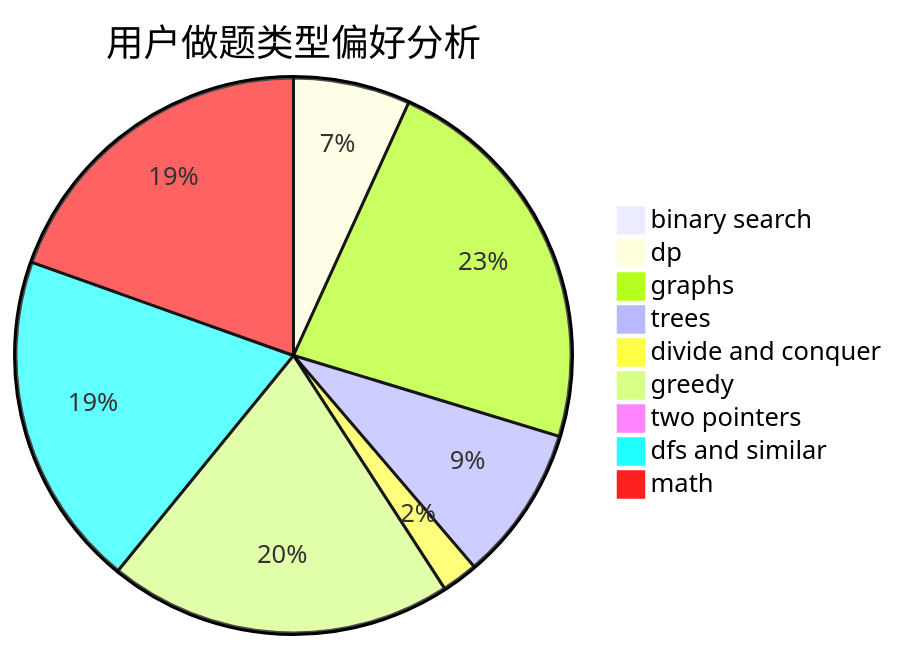
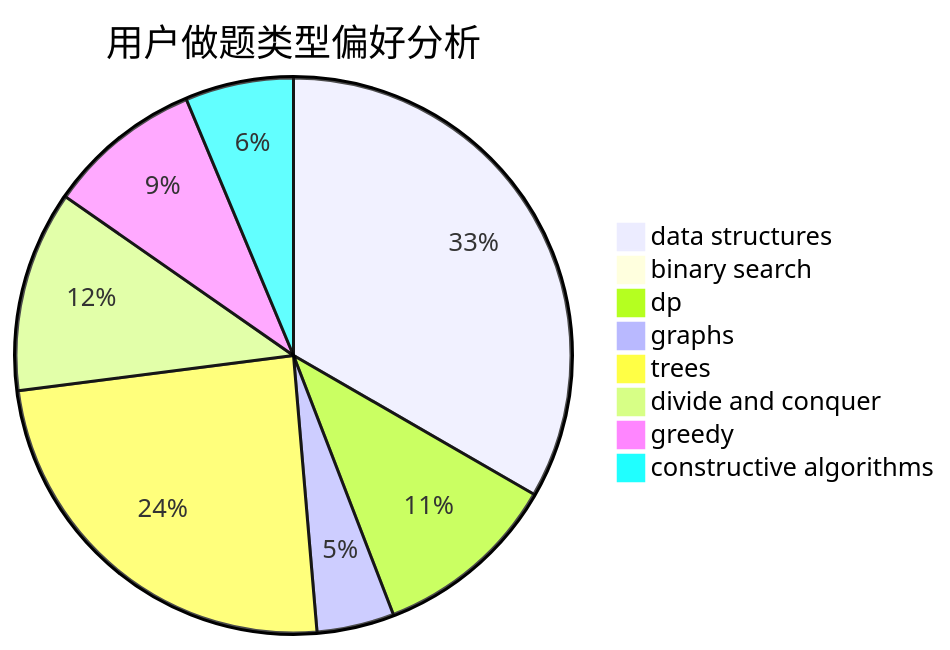
The second of 3 diagrams in docs/user/u1819.md (sherpahu/cfrs.github.io), drawn with Mermaid before and after one commit. The commit also changed other lines of this file and 2775 other files, not shown here.

````diff
--- a/docs/user/u1819.md
+++ b/docs/user/u1819.md
@@ -23,12 +23,11 @@
 ```mermaid
 pie title 用户做题类型偏好分析
-    "binary search" :  8
-    "dp" :  55
-    "graphs" :  185
-    "trees" :  73
-    "divide and conquer" :  17
-    "greedy" :  162
-    "two pointers" :  0
-    "dfs and similar" :  158
-    "math" :  158
+    "data structures" :  37
+    "binary search" :  0
+    "dp" :  12
+    "graphs" :  5
+    "trees" :  27
+    "divide and conquer" :  13
+    "greedy" :  10
+    "constructive algorithms" :  7
 ```
````
